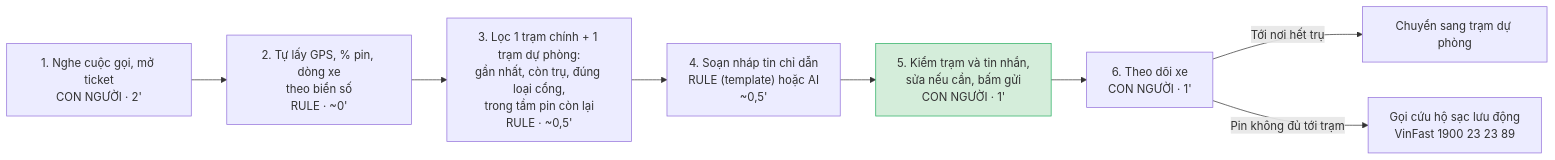
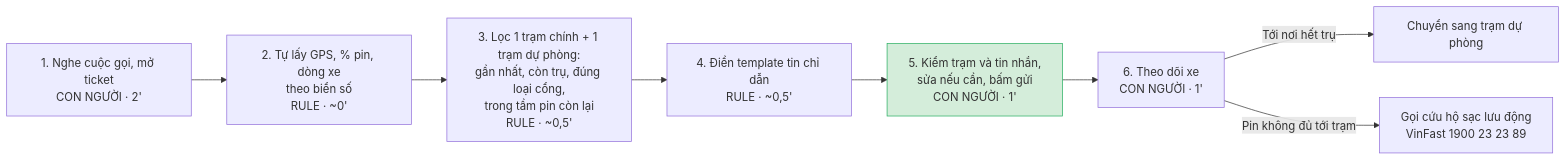
One commit to hhuydaugg/K5-L3A-DAY02-AZEZ-DiscoveryProblemFraming changed the second of 2 diagrams in report/team/group_report.md. Above: the diagram before and after it, drawn with Mermaid. The commit also changed other lines of this file, not shown here.

Commit message:
Choose Rule level in CP6 and add evaluation criteria

````diff
--- a/report/team/group_report.md
+++ b/report/team/group_report.md
@@ -174,11 +174,11 @@
 ```mermaid
 flowchart LR
   A["1. Nghe cuộc gọi, mở ticket<br/>CON NGƯỜI · 2'"] --> B["2. Tự lấy GPS, % pin, dòng xe<br/>theo biển số<br/>RULE · ~0'"]
   B --> C["3. Lọc 1 trạm chính + 1 trạm dự phòng:<br/>gần nhất, còn trụ, đúng loại cổng,<br/>trong tầm pin còn lại<br/>RULE · ~0,5'"]
-  C --> D["4. Soạn nháp tin chỉ dẫn<br/>RULE (template) hoặc AI<br/>~0,5'"]
+  C --> D["4. Điền template tin chỉ dẫn<br/>RULE · ~0,5'"]
   D --> E["5. Kiểm trạm và tin nhắn,<br/>sửa nếu cần, bấm gửi<br/>CON NGƯỜI · 1'"]
   E --> F["6. Theo dõi xe<br/>CON NGƯỜI · 1'"]
   F -- "Tới nơi hết trụ" --> G["Chuyển sang trạm dự phòng"]
   F -- "Pin không đủ tới trạm" --> H["Gọi cứu hộ sạc lưu động<br/>VinFast 1900 23 23 89"]
   style E fill:#d4edda,stroke:#27ae60
 ```
````
